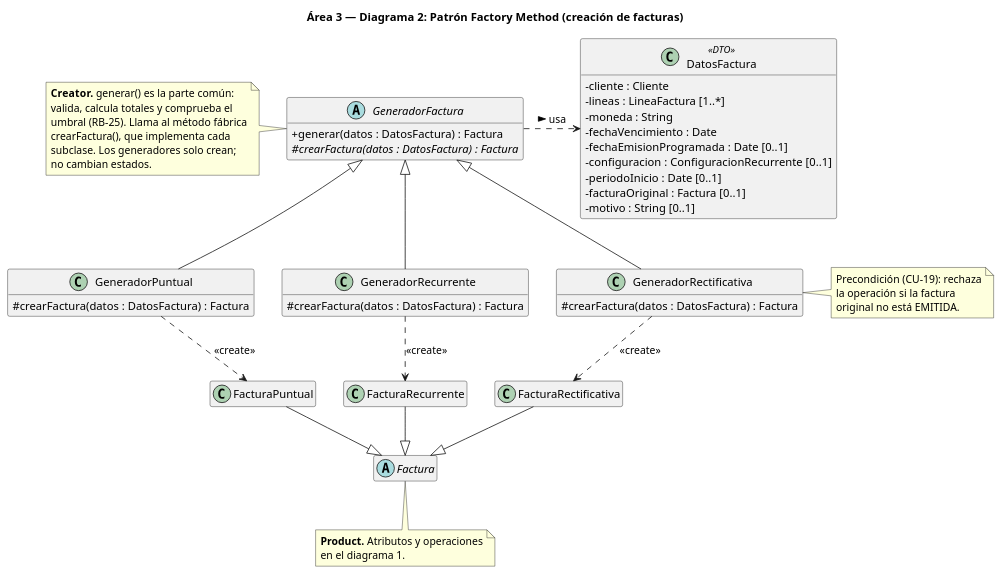
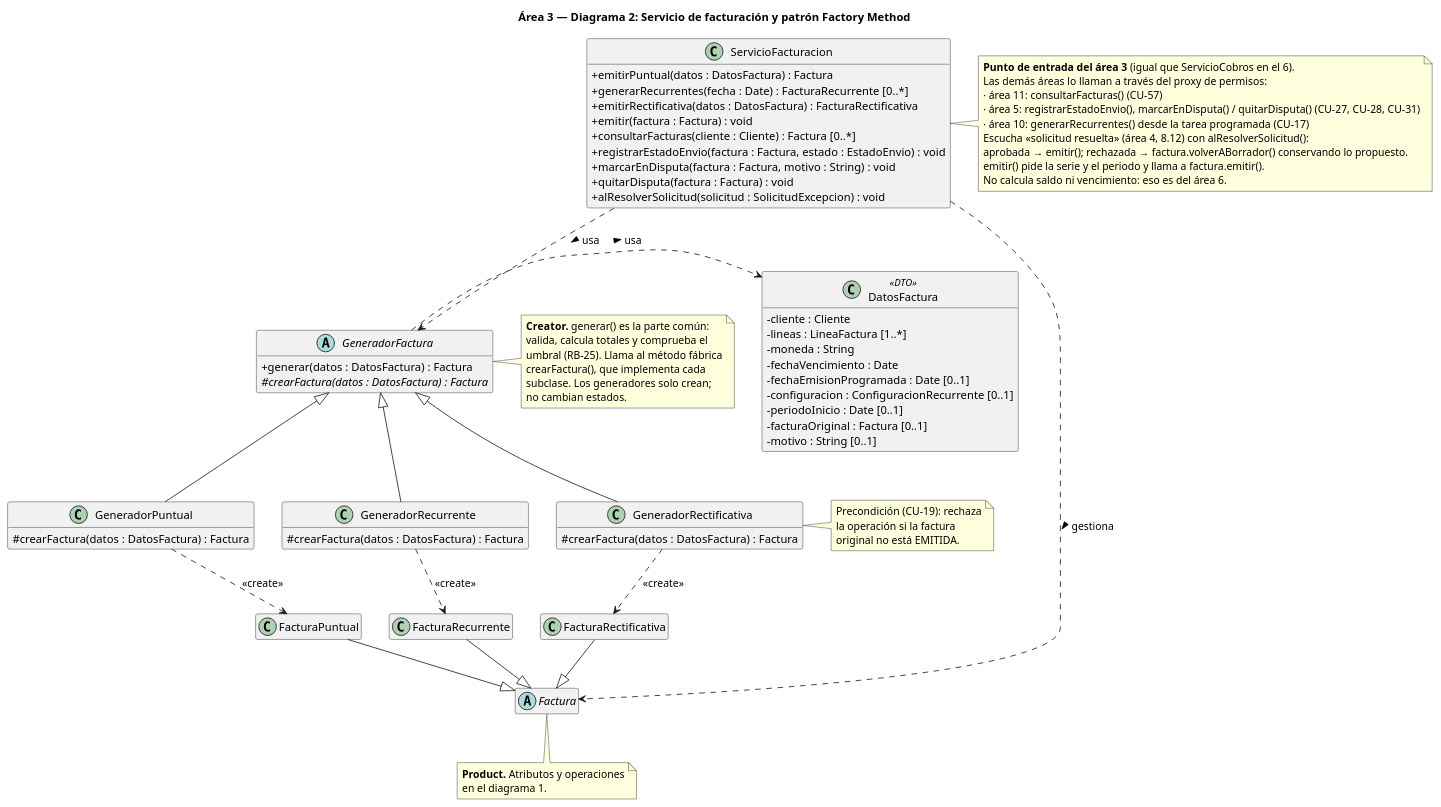
The diagram in Entrega2_GrupoBebes/Diagramas de clase/Area 3/area3_2_factory_method.puml (naybetaomar/AyDA-ProyectoBebes), drawn with PlantUML before and after one commit. The commit also changed 1 other file, not shown here.

```diff
--- a/Entrega2_GrupoBebes/Diagramas de clase/Area 3/area3_2_factory_method.puml
+++ b/Entrega2_GrupoBebes/Diagramas de clase/Area 3/area3_2_factory_method.puml
@@ -1,74 +1,101 @@
 @startuml area3_2_factory_method
 skinparam classAttributeIconSize 0
 hide empty members
-title Área 3 — Diagrama 2: Patrón Factory Method (creación de facturas)
+title Área 3 — Diagrama 2: Servicio de facturación y patrón Factory Method
+
+class ServicioFacturacion {
+  + emitirPuntual(datos : DatosFactura) : Factura
+  + generarRecurrentes(fecha : Date) : FacturaRecurrente [0..*]
+  + emitirRectificativa(datos : DatosFactura) : FacturaRectificativa
+  + emitir(factura : Factura) : void
+  + consultarFacturas(cliente : Cliente) : Factura [0..*]
+  + registrarEstadoEnvio(factura : Factura, estado : EstadoEnvio) : void
+  + marcarEnDisputa(factura : Factura, motivo : String) : void
+  + quitarDisputa(factura : Factura) : void
+  + alResolverSolicitud(solicitud : SolicitudExcepcion) : void
+}
 
 abstract class GeneradorFactura {
   + generar(datos : DatosFactura) : Factura
   # {abstract} crearFactura(datos : DatosFactura) : Factura
 }
 class GeneradorPuntual {
   # crearFactura(datos : DatosFactura) : Factura
 }
 class GeneradorRecurrente {
   # crearFactura(datos : DatosFactura) : Factura
 }
 class GeneradorRectificativa {
   # crearFactura(datos : DatosFactura) : Factura
 }
 
 class DatosFactura <<DTO>> {
   - cliente : Cliente
   - lineas : LineaFactura [1..*]
   - moneda : String
   - fechaVencimiento : Date
   - fechaEmisionProgramada : Date [0..1]
   - configuracion : ConfiguracionRecurrente [0..1]
   - periodoInicio : Date [0..1]
   - facturaOriginal : Factura [0..1]
   - motivo : String [0..1]
 }
 
 ' Productos (definidos en el diagrama 1)
 abstract class Factura
 class FacturaPuntual
 class FacturaRecurrente
 class FacturaRectificativa
 
+ServicioFacturacion .down.> GeneradorFactura : usa >
+ServicioFacturacion .down.> Factura : gestiona >
+
 GeneradorFactura <|-- GeneradorPuntual
 GeneradorFactura <|-- GeneradorRecurrente
 GeneradorFactura <|-- GeneradorRectificativa
 GeneradorPuntual -[hidden]right- GeneradorRecurrente
 GeneradorRecurrente -[hidden]right- GeneradorRectificativa
 
 Factura <|-up- FacturaPuntual
 Factura <|-up- FacturaRecurrente
 Factura <|-up- FacturaRectificativa
 FacturaPuntual -[hidden]right- FacturaRecurrente
 FacturaRecurrente -[hidden]right- FacturaRectificativa
 
 GeneradorFactura .right.> DatosFactura : usa >
 GeneradorPuntual .down.> FacturaPuntual : <<create>>
 GeneradorRecurrente .down.> FacturaRecurrente : <<create>>
 GeneradorRectificativa .down.> FacturaRectificativa : <<create>>
+
+note right of ServicioFacturacion
+  **Punto de entrada del área 3** (igual que ServicioCobros en el 6).
+  Las demás áreas lo llaman a través del proxy de permisos:
+  · área 11: consultarFacturas() (CU-57)
+  · área 5: registrarEstadoEnvio(), marcarEnDisputa() / quitarDisputa() (CU-27, CU-28, CU-31)
+  · área 10: generarRecurrentes() desde la tarea programada (CU-17)
+  Escucha «solicitud resuelta» (área 4, 8.12) con alResolverSolicitud():
+  aprobada → emitir(); rechazada → factura.volverABorrador() conservando lo propuesto.
+  emitir() pide la serie y el periodo y llama a factura.emitir().
+  No calcula saldo ni vencimiento: eso es del área 6.
+end note
 
 note left of GeneradorFactura
   **Creator.** generar() es la parte común:
   valida, calcula totales y comprueba el
   umbral (RB-25). Llama al método fábrica
   crearFactura(), que implementa cada
   subclase. Los generadores solo crean;
   no cambian estados.
 end note
 
 note right of GeneradorRectificativa
   Precondición (CU-19): rechaza
   la operación si la factura
   original no está EMITIDA.
 end note
 
 note bottom of Factura
   **Product.** Atributos y operaciones
   en el diagrama 1.
 end note
 @enduml
```
